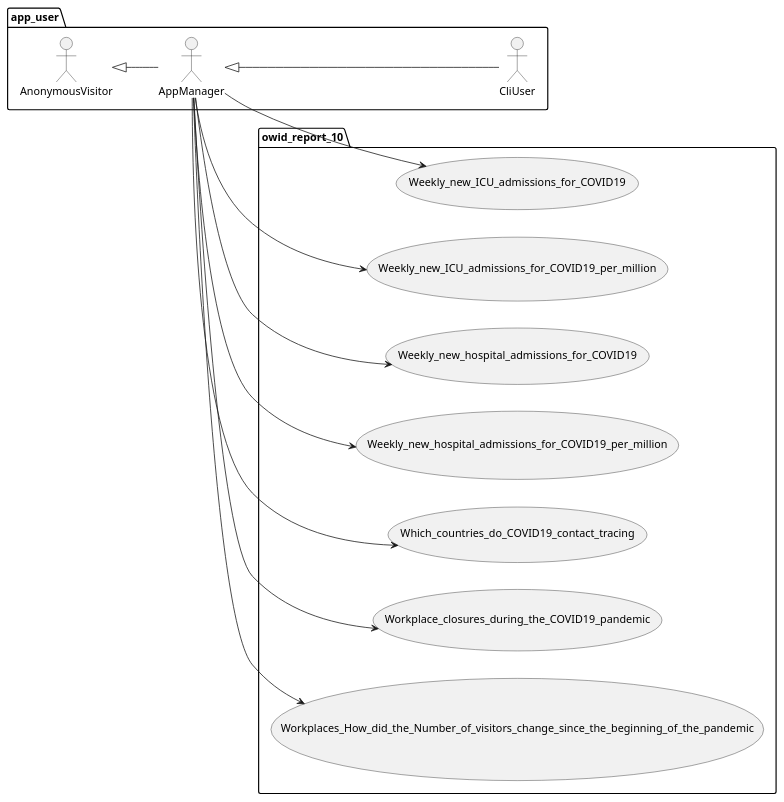
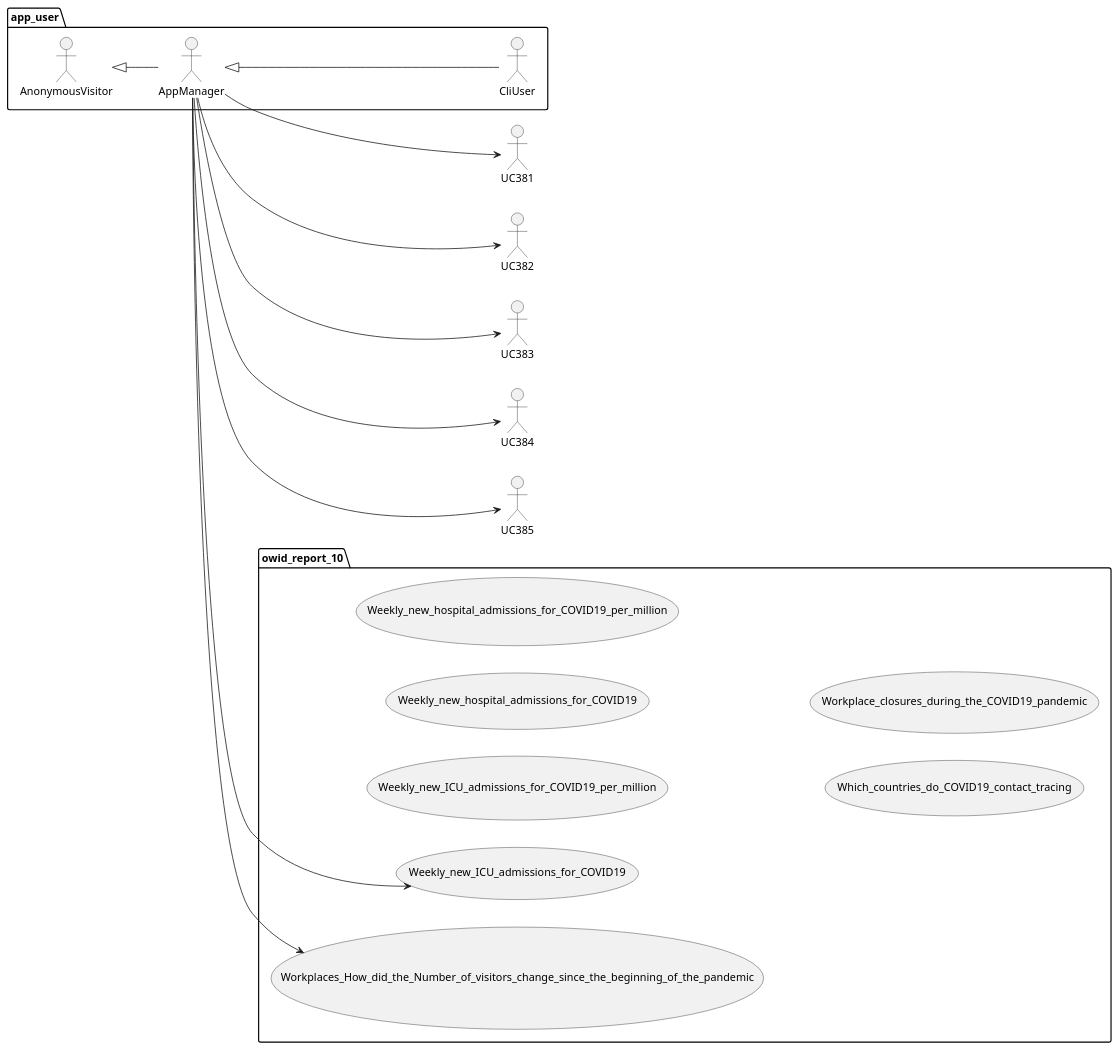
One commit to thomaswoehlke/flask_covid19 changed the diagram in docs/uml/data_owid__use_cases__visual_data/owid_use_cases_visual_data_10.puml. Above: the diagram before and after it, drawn with PlantUML. The commit also changed 2 other files, not shown here.

```diff
--- a/docs/uml/data_owid__use_cases__visual_data/owid_use_cases_visual_data_10.puml
+++ b/docs/uml/data_owid__use_cases__visual_data/owid_use_cases_visual_data_10.puml
@@ -1,29 +1,29 @@
 @startuml
 left to right direction
 
 package app_user {
 	actor AnonymousVisitor as av
 	actor AppManager as am
 	actor CliUser as cu
 
 	av <|-- am
 	am <|-- cu
 }
 
 package owid_report_10 {
-    usecase Weekly_new_ICU_admissions_for_COVID19 as UC350
+    usecase Weekly_new_ICU_admissions_for_COVID19 as UC380
     usecase Weekly_new_ICU_admissions_for_COVID19_per_million as UC351
     usecase Weekly_new_hospital_admissions_for_COVID19 as UC352
     usecase Weekly_new_hospital_admissions_for_COVID19_per_million as UC353
     usecase Which_countries_do_COVID19_contact_tracing as UC354
     usecase Workplace_closures_during_the_COVID19_pandemic as UC355
-    usecase Workplaces_How_did_the_Number_of_visitors_change_since_the_beginning_of_the_pandemic as UC356
+    usecase Workplaces_How_did_the_Number_of_visitors_change_since_the_beginning_of_the_pandemic as UC386
 }
-am --> UC350
-am --> UC351
-am --> UC352
-am --> UC353
-am --> UC354
-am --> UC355
-am --> UC356
+am --> UC380
+am --> UC381
+am --> UC382
+am --> UC383
+am --> UC384
+am --> UC385
+am --> UC386
 @enduml
```
